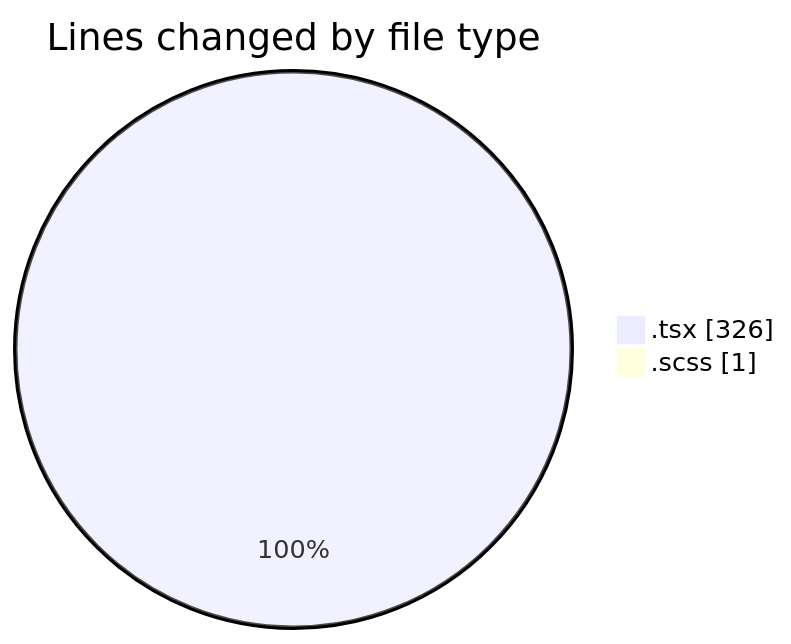
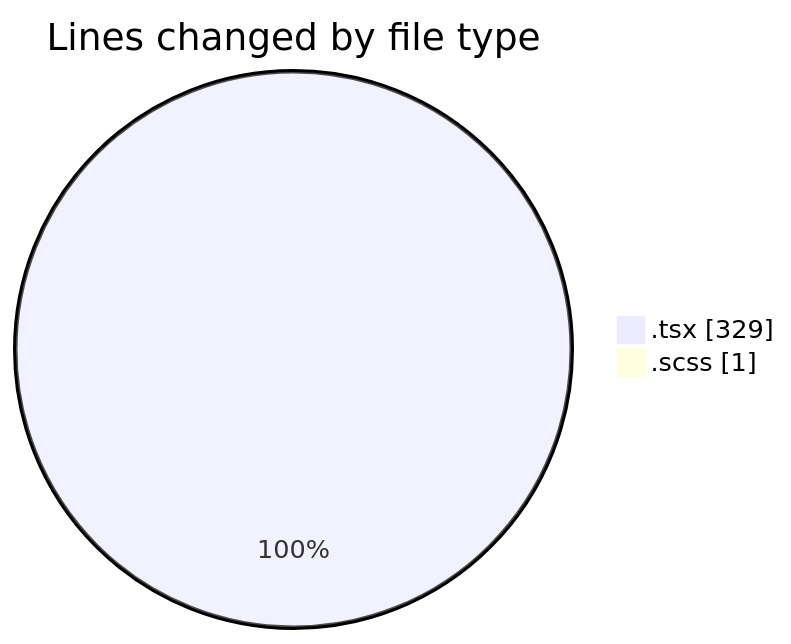
The first of 2 diagrams in 2025-03-19/cda/README.md (momahboobian/code-tracking), drawn with Mermaid before and after one commit. The commit also changed other lines of this file and 1 other file, not shown here.

````diff
--- a/2025-03-19/cda/README.md
+++ b/2025-03-19/cda/README.md
@@ -23,6 +23,6 @@
 ```mermaid
 pie showData
 title Lines changed by file type
-".tsx" : 326
+".tsx" : 329
 ".scss" : 1
 ```
````
